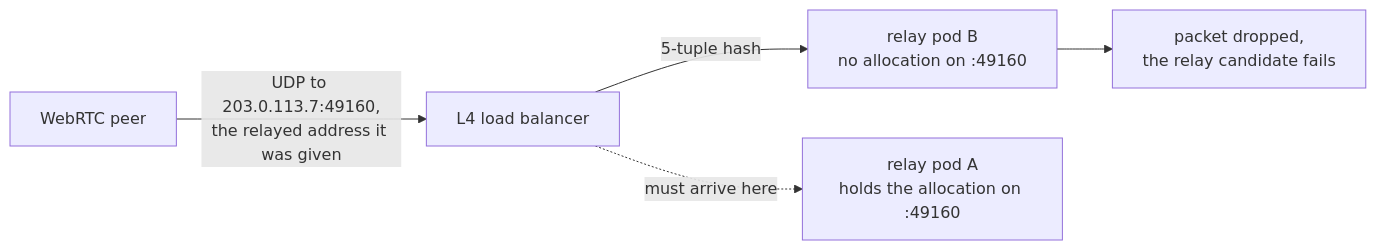
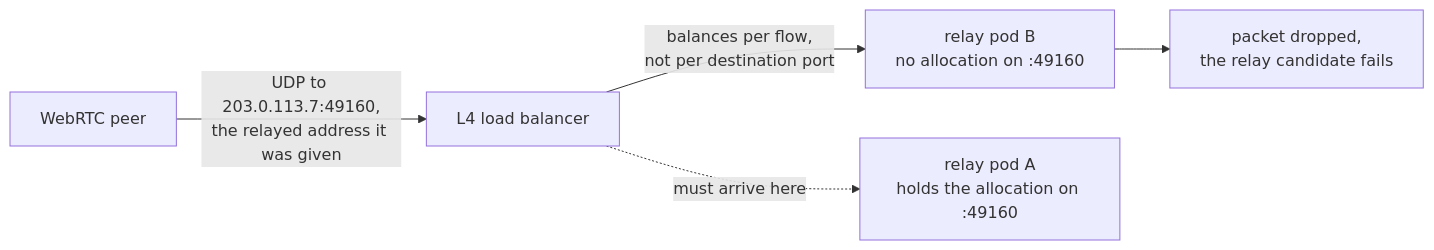
The diagram in README.md (Hazmi35/turnfleet), drawn with Mermaid before and after one commit. The commit also changed other lines of this file and 5 other files, not shown here.

````diff
--- a/README.md
+++ b/README.md
@@ -34,7 +37,7 @@
 ```mermaid
 flowchart LR
   peer["WebRTC peer"] -->|"UDP to 203.0.113.7:49160,<br/>the relayed address it was given"| lb["L4 load balancer"]
-  lb -->|"5-tuple hash"| b["relay pod B<br/>no allocation on :49160"]
+  lb -->|"balances per flow,<br/>not per destination port"| b["relay pod B<br/>no allocation on :49160"]
   b --> lost["packet dropped,<br/>the relay candidate fails"]
   lb -.->|"must arrive here"| a["relay pod A<br/>holds the allocation on :49160"]
 ```
````
